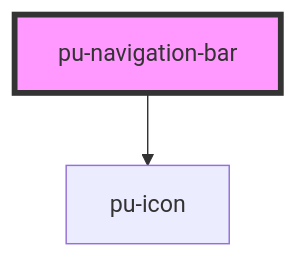
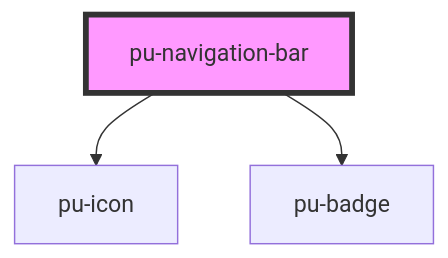
The diagram in packages/stencil-library/src/components/navigation-bar/readme.md (prounity-uz/prounity-ui), drawn with Mermaid before and after one commit. The commit also changed other lines of this file and 26 other files, not shown here.

````diff
--- a/packages/stencil-library/src/components/navigation-bar/readme.md
+++ b/packages/stencil-library/src/components/navigation-bar/readme.md
@@ -15,5 +16,6 @@
 ```mermaid
 graph TD;
   pu-navigation-bar --> pu-icon
+  pu-navigation-bar --> pu-badge
   style pu-navigation-bar fill:#f9f,stroke:#333,stroke-width:4px
 ```
````
